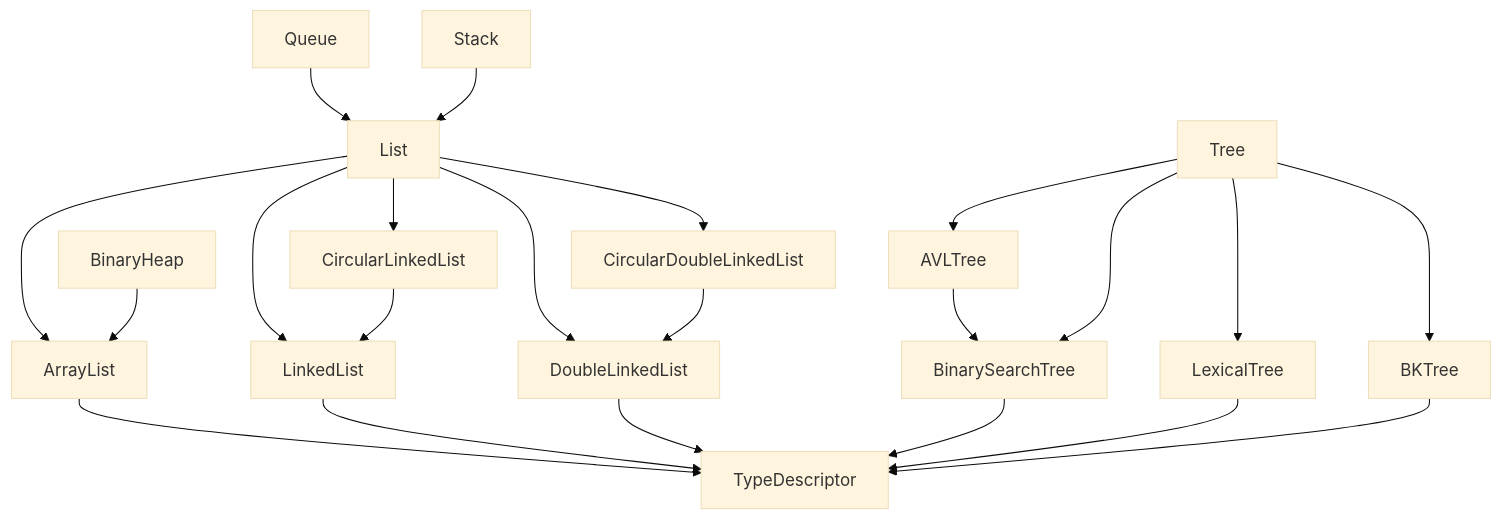
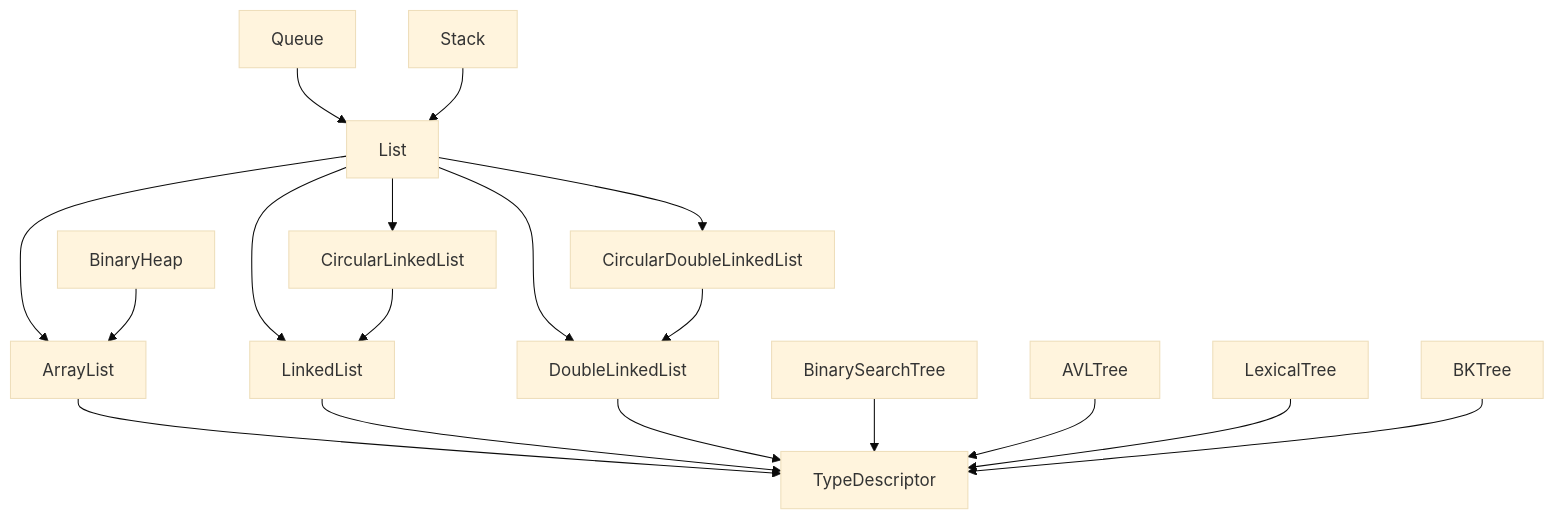
Before and after one commit to 4nt0ineB/MyLittleCLibrary: the seventh of 8 diagrams in README.md, drawn with Mermaid (base theme).

````diff
--- a/README.md
+++ b/README.md
@@ -442,26 +442,23 @@
 ```mermaid
 flowchart  TB
 	 
 	ArrayList --> TypeDescriptor
 	LinkedList --> TypeDescriptor
 	DoubleLinkedList --> TypeDescriptor
 	
 	List --> ArrayList
 	List --> LinkedList 
 	List --> CircularLinkedList --> LinkedList
 	List --> DoubleLinkedList 
 	List --> CircularDoubleLinkedList --> DoubleLinkedList
 	
 	BinaryHeap --> ArrayList
 	Queue --> List
 	Stack --> List
 	
-	AVLTree --> BinarySearchTree --> TypeDescriptor
+	BinarySearchTree --> TypeDescriptor
+	AVLTree --> TypeDescriptor
 	LexicalTree --> TypeDescriptor
 	BKTree --> TypeDescriptor
-	Tree --> BinarySearchTree
-	Tree --> AVLTree
-	Tree --> LexicalTree
-	Tree --> BKTree
 	
 ```
````
